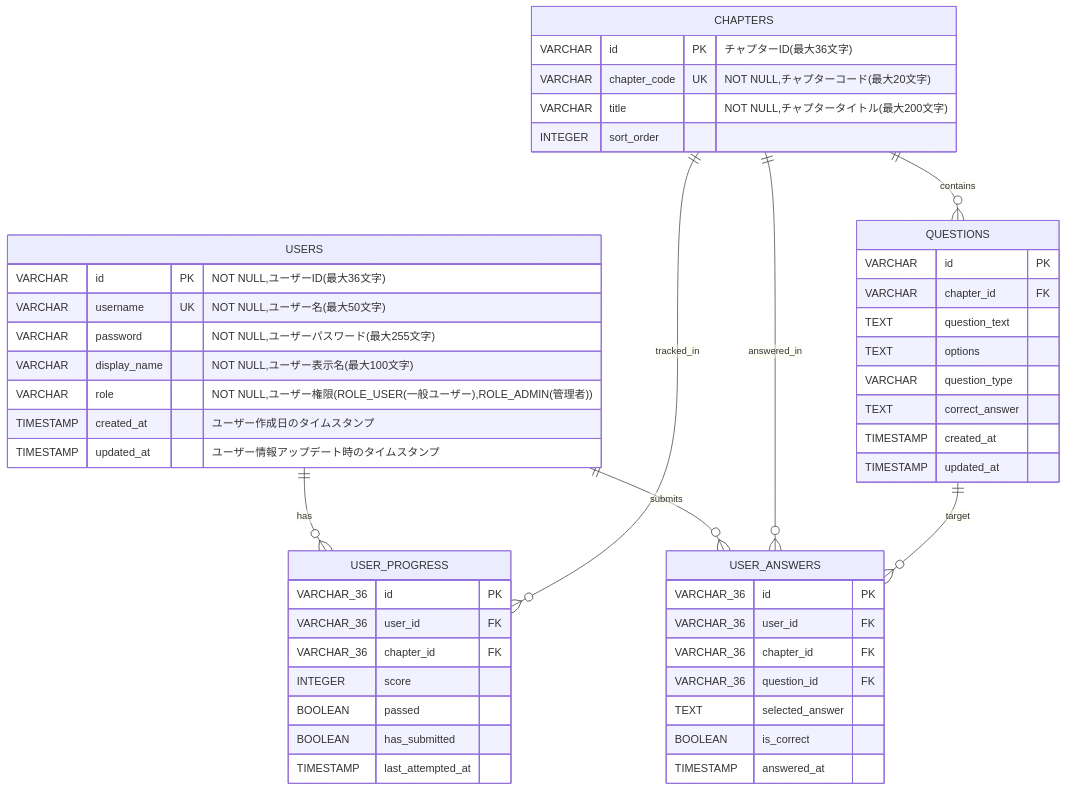
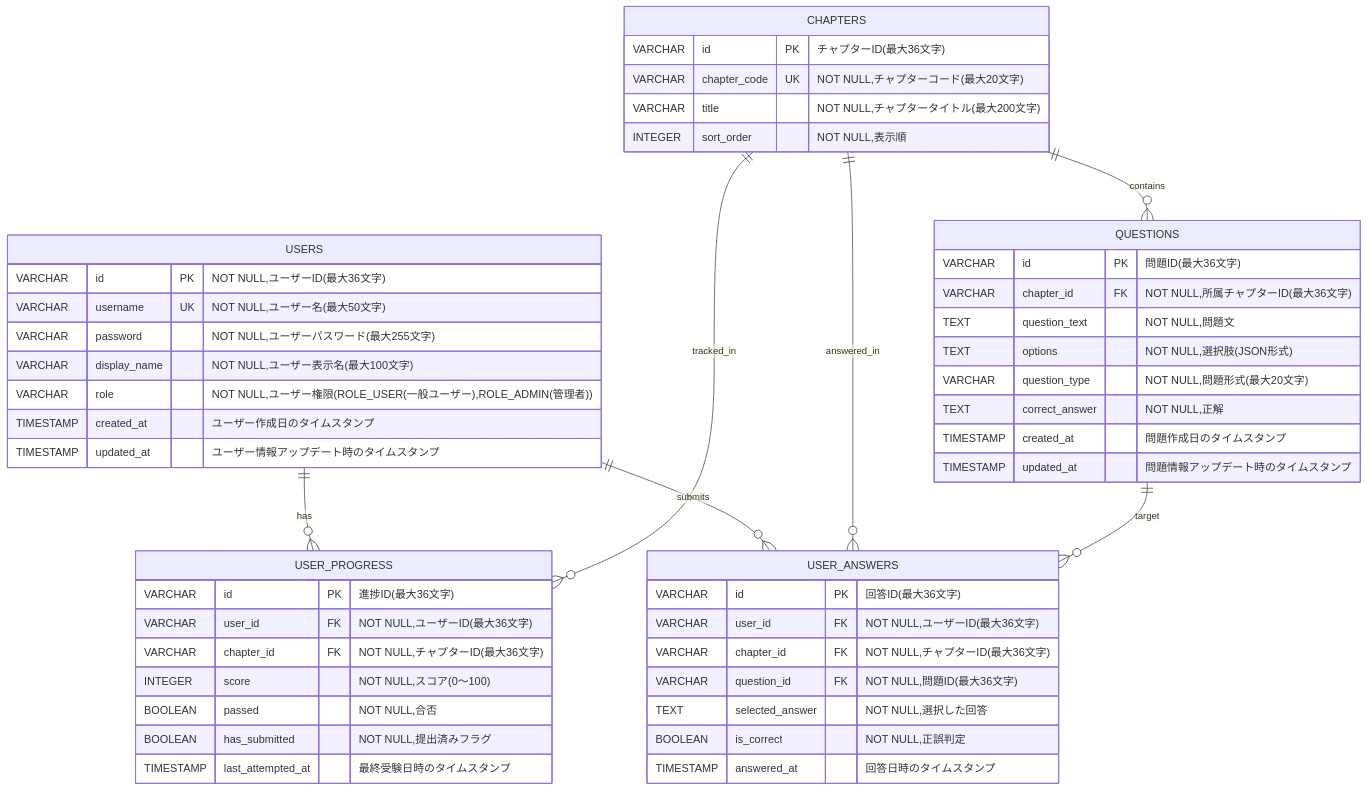
The diagram in docs/er-diagram.md (Java-exam-2026/team4-java-exam-v2), drawn with Mermaid before and after one commit. The commit also changed 1 other file, not shown here.

Commit message:
er図　テーブル、noteを除いて作成　csvアップロードボタンを作成

````diff
--- a/docs/er-diagram.md
+++ b/docs/er-diagram.md
@@ -15,57 +15,57 @@
 ```mermaid
 erDiagram
     USERS ||--o{ USER_PROGRESS : has
     CHAPTERS ||--o{ USER_PROGRESS : tracked_in
     CHAPTERS ||--o{ QUESTIONS : contains
     USERS ||--o{ USER_ANSWERS : submits
     CHAPTERS ||--o{ USER_ANSWERS : answered_in
     QUESTIONS ||--o{ USER_ANSWERS : target
 
     USERS {
         VARCHAR id PK　 "NOT NULL,ユーザーID(最大36文字)"
         VARCHAR username UK "NOT NULL,ユーザー名(最大50文字)" 
         VARCHAR password "NOT NULL,ユーザーパスワード(最大255文字)"
         VARCHAR display_name "NOT NULL,ユーザー表示名(最大100文字)"
         VARCHAR role "NOT NULL,ユーザー権限(ROLE_USER(一般ユーザー),ROLE_ADMIN(管理者))"
         TIMESTAMP created_at "ユーザー作成日のタイムスタンプ"
         TIMESTAMP updated_at "ユーザー情報アップデート時のタイムスタンプ"
     }
 
     CHAPTERS {
         VARCHAR id PK "チャプターID(最大36文字)"
         VARCHAR chapter_code UK "NOT NULL,チャプターコード(最大20文字)"
         VARCHAR title "NOT NULL,チャプタータイトル(最大200文字)"
-        INTEGER sort_order
+        INTEGER sort_order "NOT NULL,表示順"
     }
 
     QUESTIONS {
-        VARCHAR id PK 
-        VARCHAR chapter_id FK
-        TEXT question_text
-        TEXT options
-        VARCHAR question_type
-        TEXT correct_answer
-        TIMESTAMP created_at
-        TIMESTAMP updated_at
+        VARCHAR id PK "問題ID(最大36文字)"
+        VARCHAR chapter_id FK "NOT NULL,所属チャプターID(最大36文字)"
+        TEXT question_text "NOT NULL,問題文"
+        TEXT options "NOT NULL,選択肢(JSON形式)"
+        VARCHAR question_type "NOT NULL,問題形式(最大20文字)"
+        TEXT correct_answer "NOT NULL,正解"
+        TIMESTAMP created_at "問題作成日のタイムスタンプ"
+        TIMESTAMP updated_at "問題情報アップデート時のタイムスタンプ"
     }
 
     USER_PROGRESS {
-        VARCHAR_36 id PK
-        VARCHAR_36 user_id FK
-        VARCHAR_36 chapter_id FK
-        INTEGER score
-        BOOLEAN passed
-        BOOLEAN has_submitted
-        TIMESTAMP last_attempted_at
+        VARCHAR id PK "進捗ID(最大36文字)"
+        VARCHAR user_id FK "NOT NULL,ユーザーID(最大36文字)"
+        VARCHAR chapter_id FK "NOT NULL,チャプターID(最大36文字)"
+        INTEGER score "NOT NULL,スコア(0〜100)"
+        BOOLEAN passed "NOT NULL,合否"
+        BOOLEAN has_submitted "NOT NULL,提出済みフラグ"
+        TIMESTAMP last_attempted_at "最終受験日時のタイムスタンプ"
     }
 
     USER_ANSWERS {
-        VARCHAR_36 id PK
-        VARCHAR_36 user_id FK
-        VARCHAR_36 chapter_id FK
-        VARCHAR_36 question_id FK
-        TEXT selected_answer
-        BOOLEAN is_correct
-        TIMESTAMP answered_at
+        VARCHAR id PK "回答ID(最大36文字)"
+        VARCHAR user_id FK "NOT NULL,ユーザーID(最大36文字)"
+        VARCHAR chapter_id FK "NOT NULL,チャプターID(最大36文字)"
+        VARCHAR question_id FK "NOT NULL,問題ID(最大36文字)"
+        TEXT selected_answer "NOT NULL,選択した回答"
+        BOOLEAN is_correct "NOT NULL,正誤判定"
+        TIMESTAMP answered_at "回答日時のタイムスタンプ"
     }
 ```
````
